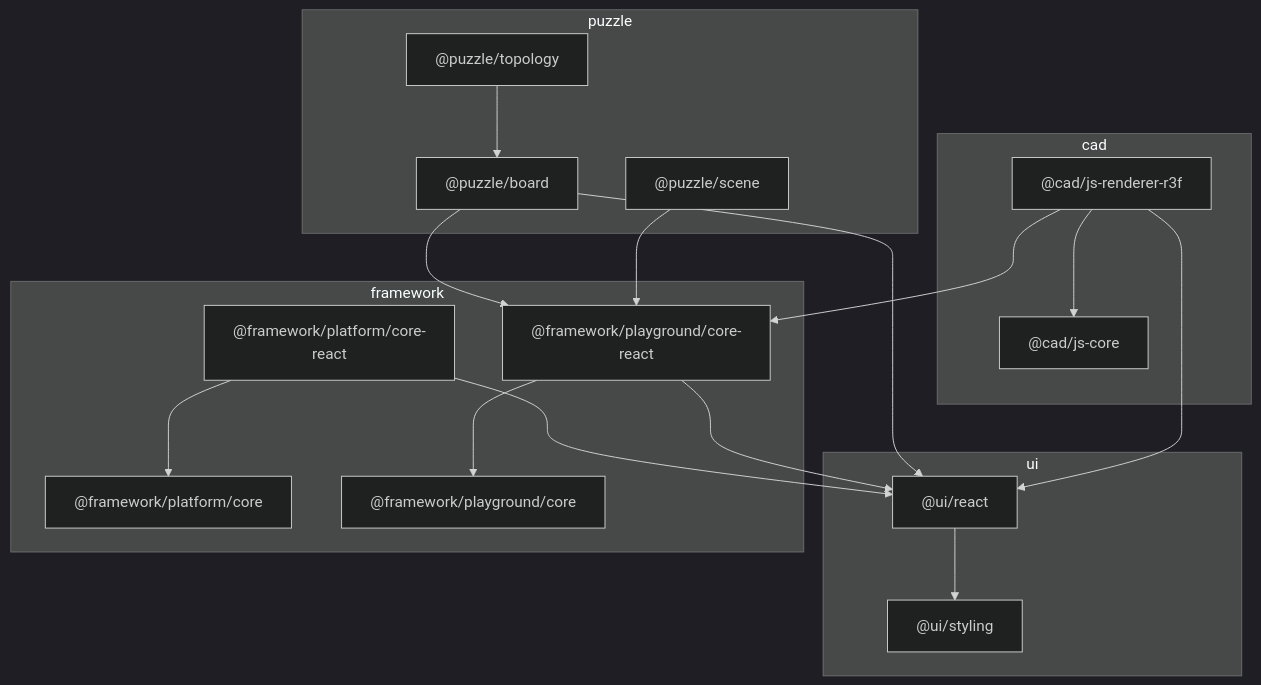
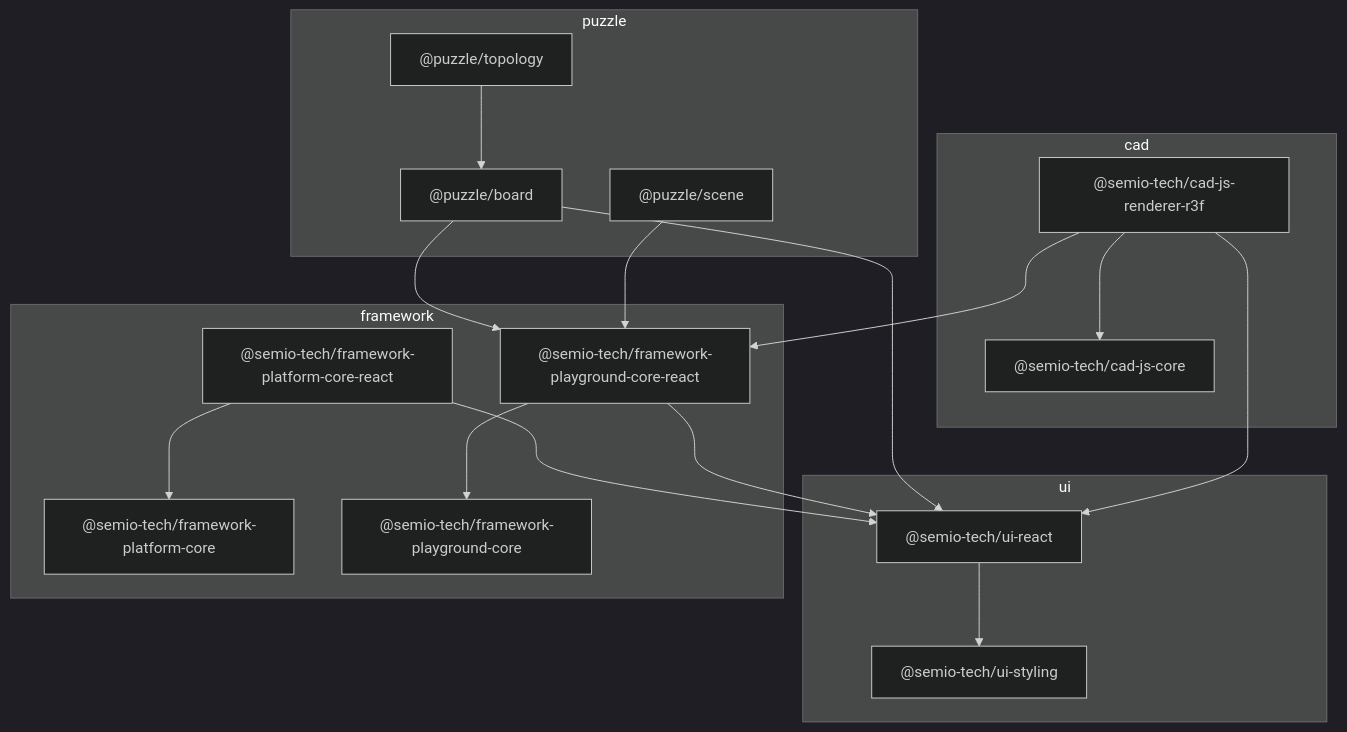
One commit to usalu/semio changed the diagram in .cursor/plans/folder_structure_migration_2c56af58.plan.md. Above: the diagram before and after it, drawn with Mermaid (dark theme). The commit also changed other lines of this file and 1282 other files, not shown here.

````diff
--- a/.cursor/plans/folder_structure_migration_2c56af58.plan.md
+++ b/.cursor/plans/folder_structure_migration_2c56af58.plan.md
@@ -74,34 +74,34 @@
 ```mermaid
 flowchart TB
   subgraph ui [ui]
-    UIR["@ui/react"]
-    UIS["@ui/styling"]
+    UIR["@semio-tech/ui-react"]
+    UIS["@semio-tech/ui-styling"]
     UIR --> UIS
   end
   subgraph fw [framework]
-    FP["@framework/platform/core"]
-    FPR["@framework/platform/core-react"]
-    PG["@framework/playground/core"]
-    PGR["@framework/playground/core-react"]
+    FP["@semio-tech/framework-platform-core"]
+    FPR["@semio-tech/framework-platform-core-react"]
+    PG["@semio-tech/framework-playground-core"]
+    PGR["@semio-tech/framework-playground-core-react"]
     FPR --> FP
     FPR --> UIR
     PGR --> PG
     PGR --> UIR
   end
   subgraph pz [puzzle]
     BRD["@puzzle/board"]
     SCN["@puzzle/scene"]
     TOP["@puzzle/topology"]
     BRD --> UIR
     BRD --> PGR
     SCN --> PGR
     TOP --> BRD
   end
   subgraph cad [cad]
-    CR["@cad/js-renderer-r3f"]
-    CC["@cad/js-core"]
+    CR["@semio-tech/cad-js-renderer-r3f"]
+    CC["@semio-tech/cad-js-core"]
     CR --> CC
     CR --> PGR
     CR --> UIR
   end
 ```
````
